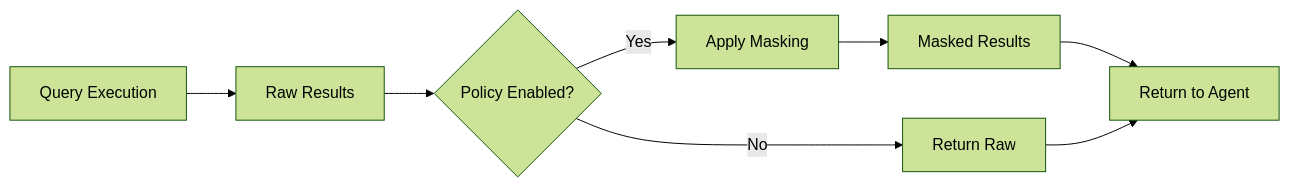
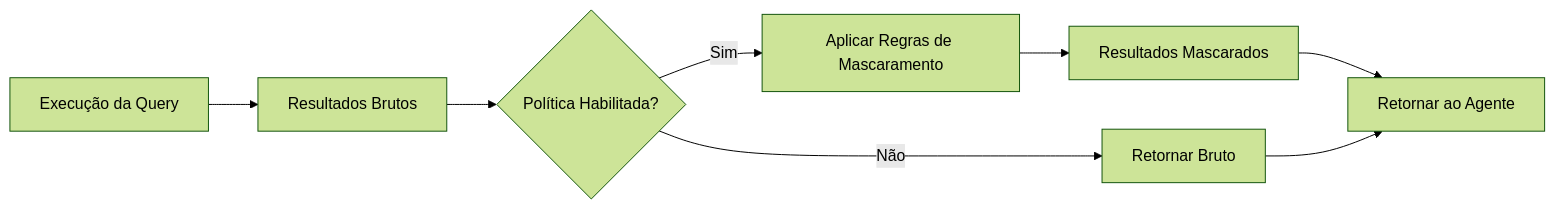
One commit to diogofelizardo/docs changed the diagram in pt-br/security/data-masking.mdx. Above: the diagram before and after it, drawn with Mermaid (forest theme). The commit also changed other lines of this file and 15 other files, not shown here.

````diff
--- a/pt-br/security/data-masking.mdx
+++ b/pt-br/security/data-masking.mdx
@@ -14,10 +16,10 @@
 ```mermaid
 graph LR
-    A[Query Execution] --> B[Raw Results]
-    B --> C{Policy Enabled?}
-    C -->|Yes| D[Apply Masking]
-    C -->|No| E[Return Raw]
-    D --> F[Masked Results]
-    F --> G[Return to Agent]
+    A[Execução da Query] --> B[Resultados Brutos]
+    B --> C{Política Habilitada?}
+    C -->|Sim| D[Aplicar Regras de Mascaramento]
+    C -->|Não| E[Retornar Bruto]
+    D --> F[Resultados Mascarados]
+    F --> G[Retornar ao Agente]
     E --> G
 ```
````
